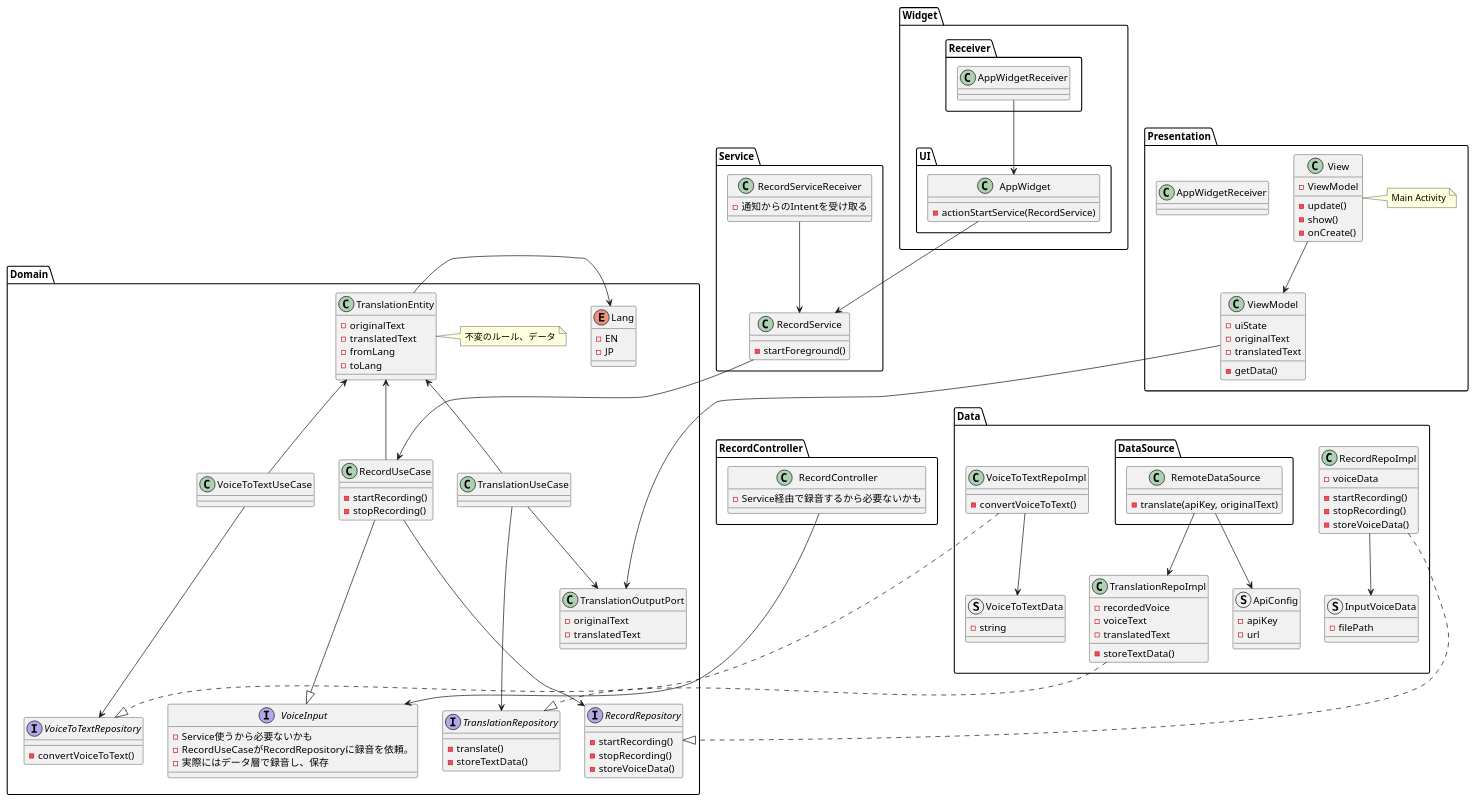
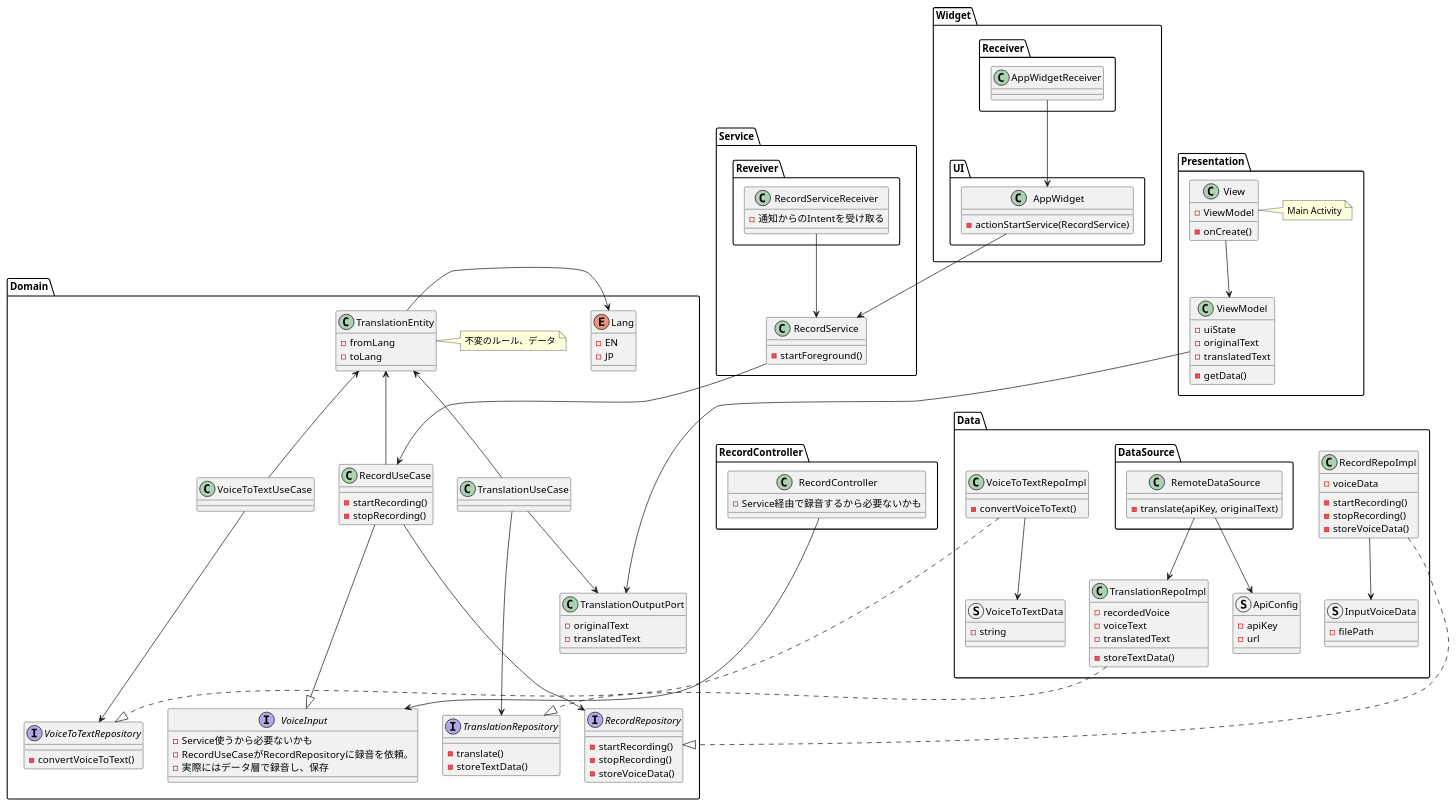
The diagram in app/docs/class_overview.puml (eight50/SeamlessTranslation), drawn with PlantUML before and after one commit. The commit also changed 14 other files, not shown here.

Commit message:
WidgetのUI変更 クラス図変更

```diff
--- a/app/docs/class_overview.puml
+++ b/app/docs/class_overview.puml
@@ -4,8 +4,6 @@
 
     together {
         class TranslationEntity {
-            - originalText
-            - translatedText
             - fromLang
             - toLang
         }
@@ -90,8 +88,6 @@
 package Presentation {
     class View {
         - ViewModel
-        - update()
-        - show()
         - onCreate()
     }
 
@@ -100,10 +96,6 @@
         - originalText
         - translatedText
         - getData()
-    }
-
-    class AppWidgetReceiver {
-
     }
 
     View --> ViewModel
@@ -152,6 +144,7 @@
         }
     }
 
+
     TranslationRepoImpl ..|> TranslationRepository
     RecordRepoImpl ..|> RecordRepository
     RecordRepoImpl --> InputVoiceData
@@ -167,8 +160,10 @@
         - startForeground()
     }
 
-    class RecordServiceReceiver {
-        - 通知からのIntentを受け取る
+    package Reveiver{
+        class RecordServiceReceiver {
+            - 通知からのIntentを受け取る
+        }
     }
 
     RecordServiceReceiver --> RecordService
```
